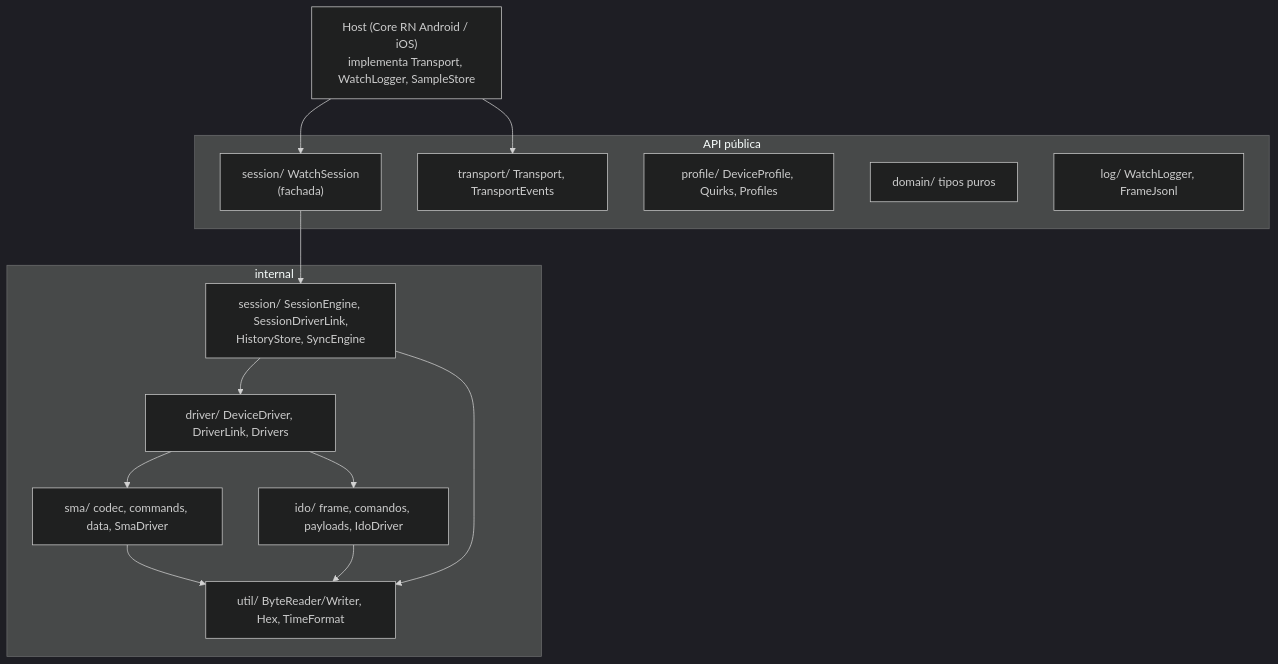
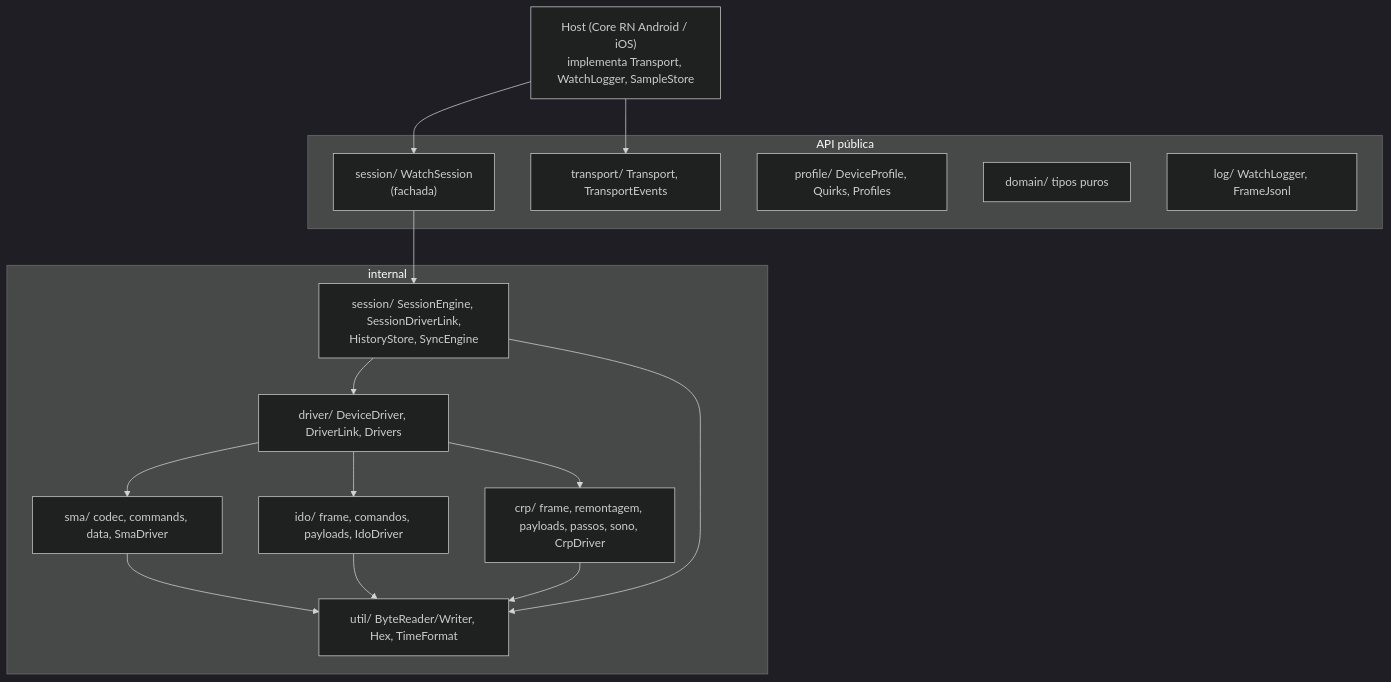
One commit to jsimonassi/technos-watch-protocol changed the second of 8 diagrams in docs/arquitetura.md. Above: the diagram before and after it, drawn with Mermaid (dark theme). The commit also changed other lines of this file and 78 other files, not shown here.

````diff
--- a/docs/arquitetura.md
+++ b/docs/arquitetura.md
@@ -33,27 +33,30 @@
 ```mermaid
 flowchart TB
 	host["Host (Core RN Android / iOS)<br/>implementa Transport, WatchLogger, SampleStore"]
 	subgraph public["API pública"]
 		session["session/ WatchSession<br/>(fachada)"]
 		transport["transport/ Transport, TransportEvents"]
 		profile["profile/ DeviceProfile, Quirks, Profiles"]
 		domain["domain/ tipos puros"]
 		log["log/ WatchLogger, FrameJsonl"]
 	end
 	subgraph internal["internal"]
 		engine["session/ SessionEngine, SessionDriverLink,<br/>HistoryStore, SyncEngine"]
 		driver["driver/ DeviceDriver, DriverLink, Drivers"]
 		sma["sma/ codec, commands, data, SmaDriver"]
 		ido["ido/ frame, comandos, payloads, IdoDriver"]
+		crp["crp/ frame, remontagem, payloads, passos, sono, CrpDriver"]
 		util["util/ ByteReader/Writer, Hex, TimeFormat"]
 	end
 	host --> session
 	host --> transport
 	session --> engine
 	engine --> driver
 	driver --> sma
 	driver --> ido
+	driver --> crp
 	sma --> util
 	ido --> util
+	crp --> util
 	engine --> util
 ```
````
